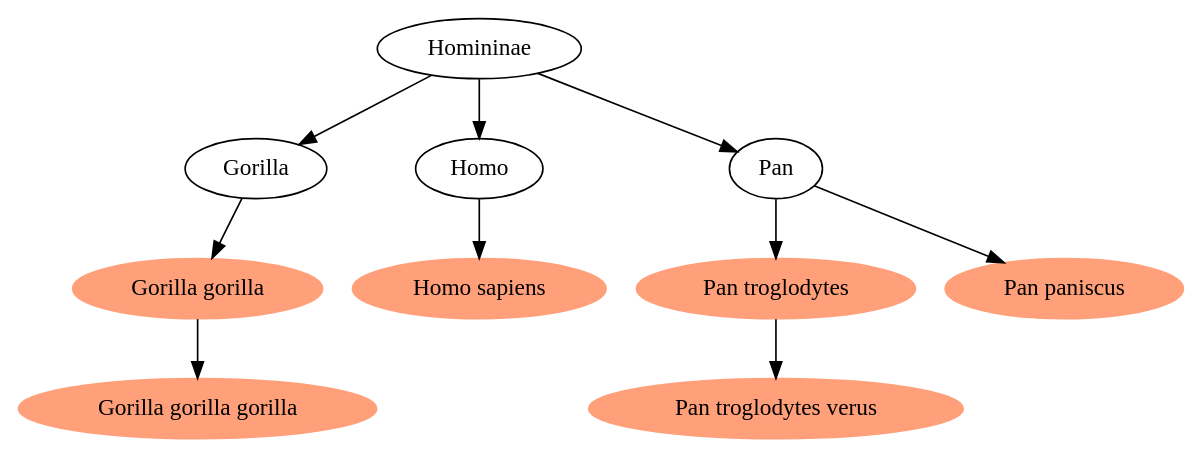
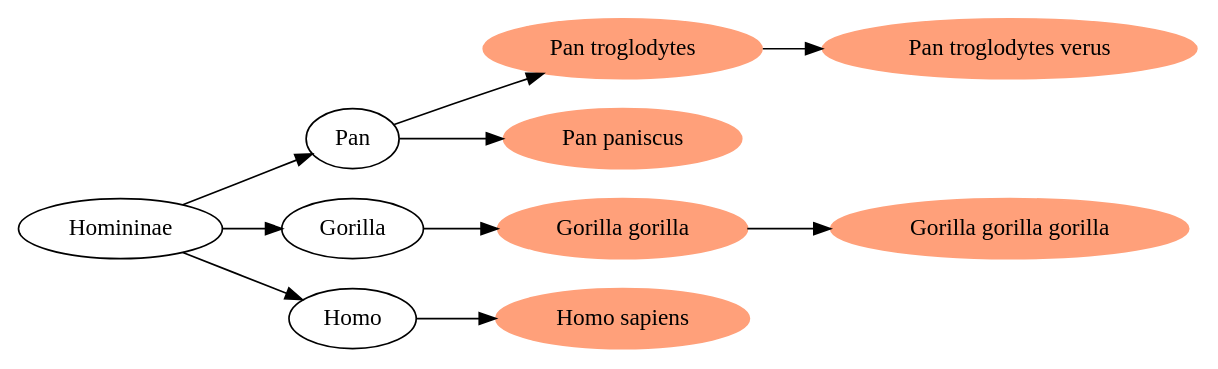
The diagram in dree/homininae_g_n.dot (EvolBioInf/neighbors), drawn with Graphviz before and after one commit. The commit also changed 8 other files, not shown here.

```diff
--- a/dree/homininae_g_n.dot
+++ b/dree/homininae_g_n.dot
@@ -1,37 +1,28 @@
 digraph g {
-	9593 -> 9595
-	9595 [color="lightsalmon",style=filled]
-	9595 [label="Gorilla gorilla gorilla"]
+	rankdir=LR
+	207598 [label="Homininae"]
+	9596 [label="Pan"]
+	207598 -> 9596
+	9598 [color="lightsalmon",style=filled]
+	9598 [label="Pan troglodytes"]
+	9596 -> 9598
+	37012 [color="lightsalmon",style=filled]
+	37012 [label="Pan troglodytes verus"]
+	9598 -> 37012
+	9597 [color="lightsalmon",style=filled]
+	9597 [label="Pan paniscus"]
+	9596 -> 9597
+	9592 [label="Gorilla"]
+	207598 -> 9592
 	9593 [color="lightsalmon",style=filled]
 	9593 [label="Gorilla gorilla"]
 	9592 -> 9593
-	9593 [color="lightsalmon",style=filled]
-	9593 [label="Gorilla gorilla"]
-	9592 [label="Gorilla"]
-	9605 -> 9606
+	9595 [color="lightsalmon",style=filled]
+	9595 [label="Gorilla gorilla gorilla"]
+	9593 -> 9595
+	9605 [label="Homo"]
+	207598 -> 9605
 	9606 [color="lightsalmon",style=filled]
 	9606 [label="Homo sapiens"]
-	9605 [label="Homo"]
-	9598 -> 37012
-	37012 [color="lightsalmon",style=filled]
-	37012 [label="Pan troglodytes verus"]
-	9598 [color="lightsalmon",style=filled]
-	9598 [label="Pan troglodytes"]
-	9596 -> 9597
-	9597 [color="lightsalmon",style=filled]
-	9597 [label="Pan paniscus"]
-	9596 [label="Pan"]
-	9596 -> 9598
-	9598 [color="lightsalmon",style=filled]
-	9598 [label="Pan troglodytes"]
-	9596 [label="Pan"]
-	207598 -> 9596
-	9596 [label="Pan"]
-	207598 [label="Homininae"]
-	207598 -> 9605
-	9605 [label="Homo"]
-	207598 [label="Homininae"]
-	207598 -> 9592
-	9592 [label="Gorilla"]
-	207598 [label="Homininae"]
+	9605 -> 9606
 }
```
